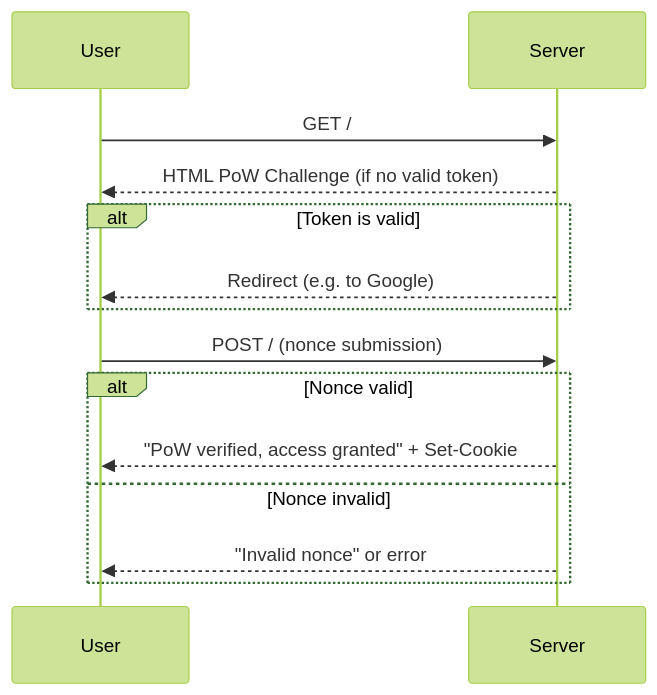
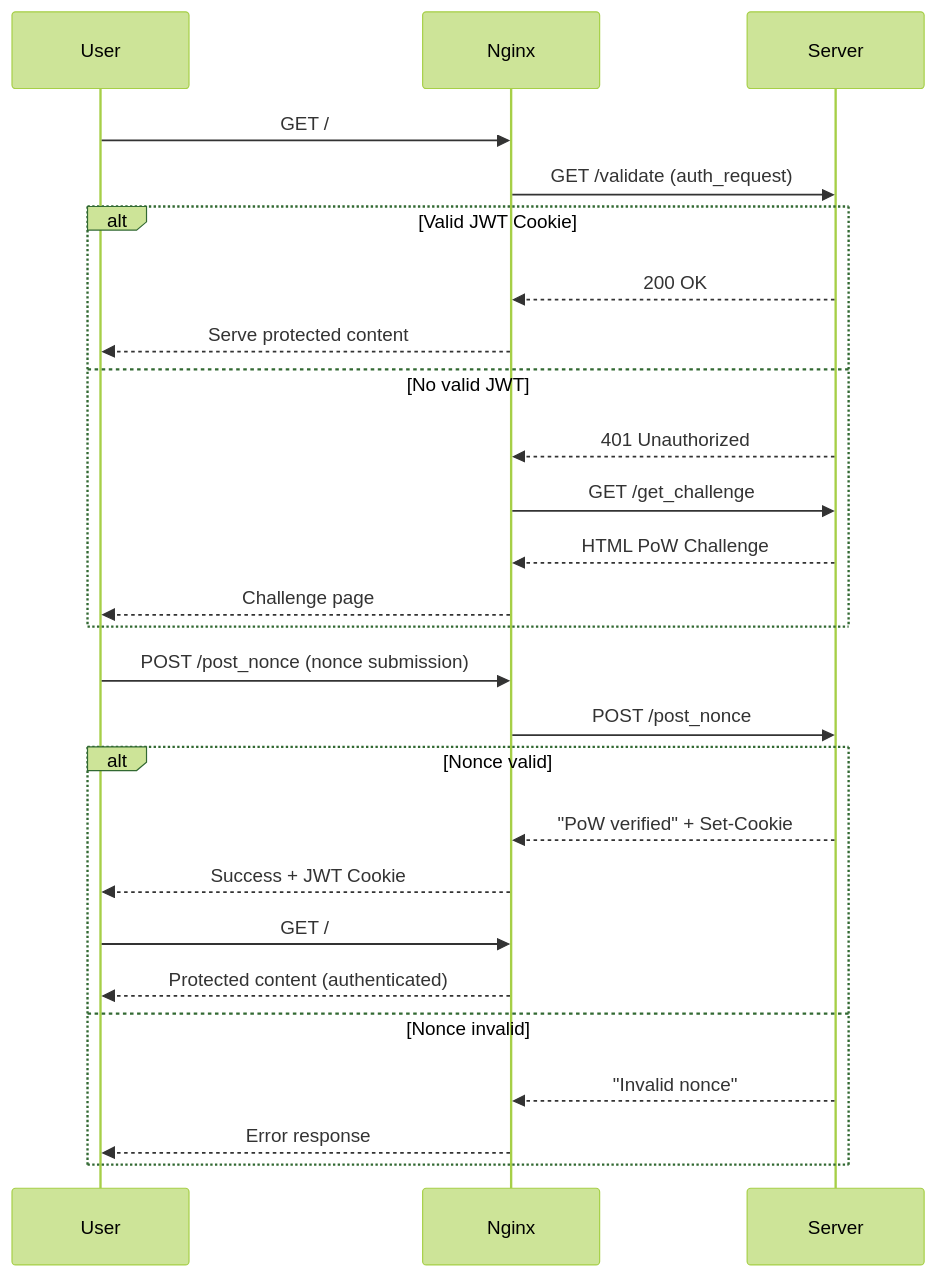
The first of 2 diagrams in README.md (KrzysztofMarciniak/mpow), drawn with Mermaid (forest theme) before and after one commit. The commit also changed other lines of this file and 6 other files, not shown here.

````diff
--- a/README.md
+++ b/README.md
@@ -8,18 +7,30 @@
 ```mermaid
 sequenceDiagram
     participant User
+    participant Nginx
     participant Server
 
-    User->>Server: GET /
-    Server-->>User: HTML PoW Challenge (if no valid token)
-    alt Token is valid
-        Server-->>User: Redirect (e.g. to Google)
+    User->>Nginx: GET /
+    Nginx->>Server: GET /validate (auth_request)
+    alt Valid JWT Cookie
+        Server-->>Nginx: 200 OK
+        Nginx-->>User: Serve protected content
+    else No valid JWT
+        Server-->>Nginx: 401 Unauthorized
+        Nginx->>Server: GET /get_challenge
+        Server-->>Nginx: HTML PoW Challenge
+        Nginx-->>User: Challenge page
     end
-
-    User->>Server: POST / (nonce submission)
+    
+    User->>Nginx: POST /post_nonce (nonce submission)
+    Nginx->>Server: POST /post_nonce
     alt Nonce valid
-        Server-->>User: "PoW verified, access granted" + Set-Cookie
+        Server-->>Nginx: "PoW verified" + Set-Cookie
+        Nginx-->>User: Success + JWT Cookie
+        User->>Nginx: GET /
+        Nginx-->>User: Protected content (authenticated)
     else Nonce invalid
-        Server-->>User: "Invalid nonce" or error
+        Server-->>Nginx: "Invalid nonce" 
+        Nginx-->>User: Error response
     end
 ```
````
